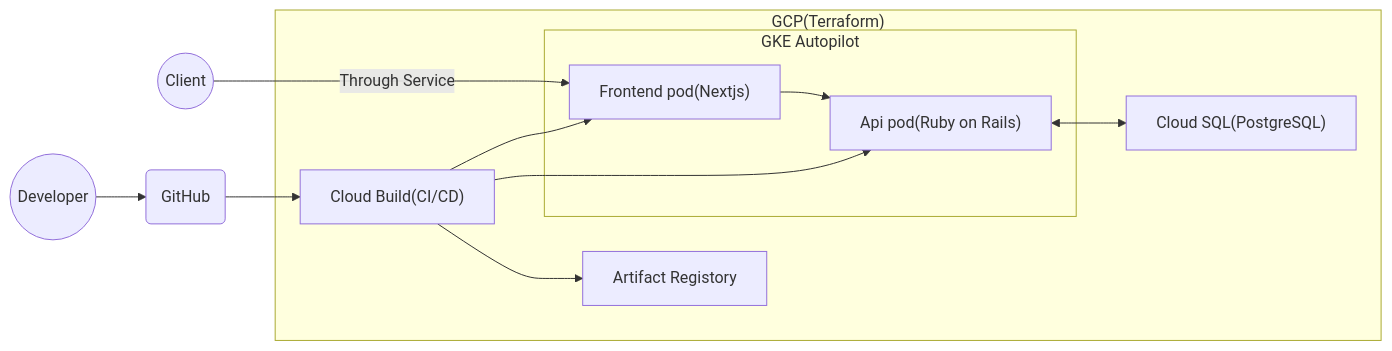
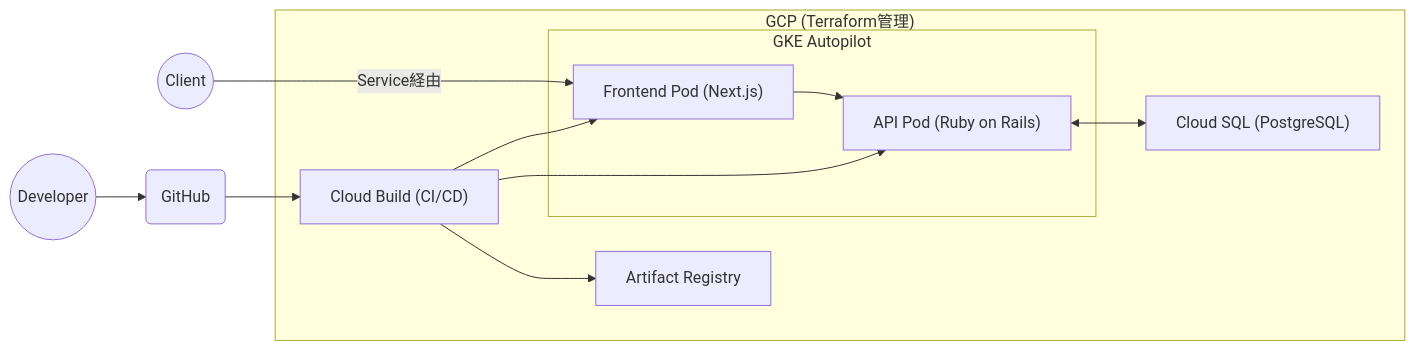
The diagram in README.md (matao0214/k8s-memo-app), drawn with Mermaid before and after one commit. The commit also changed other lines of this file and 2 other files, not shown here.

````diff
--- a/README.md
+++ b/README.md
@@ -4,15 +15,15 @@
 ```mermaid
 graph LR;
-    A((Client)) ---> |Through Service|B["Frontend pod(Nextjs)"];
-    subgraph "GCP(Terraform)"
+    A((Client)) ---> |Service経由|B["Frontend Pod (Next.js)"];
+    subgraph "GCP (Terraform管理)"
       subgraph GKE Autopilot
-        B --> C["Api pod(Ruby on Rails)"]
+        B --> C["API Pod (Ruby on Rails)"]
       end
-      C <--> D["Cloud SQL(PostgreSQL)"]
-      E["Cloud Build(CI/CD)"] --> B
-      E["Cloud Build(CI/CD)"] --> C
-      E --> G[Artifact Registory]
+      C <--> D["Cloud SQL (PostgreSQL)"]
+      E["Cloud Build (CI/CD)"] --> B
+      E --> C
+      E --> G[Artifact Registry]
     end
     F(GitHub) --> E
     H((Developer)) --> F
 ```
````
